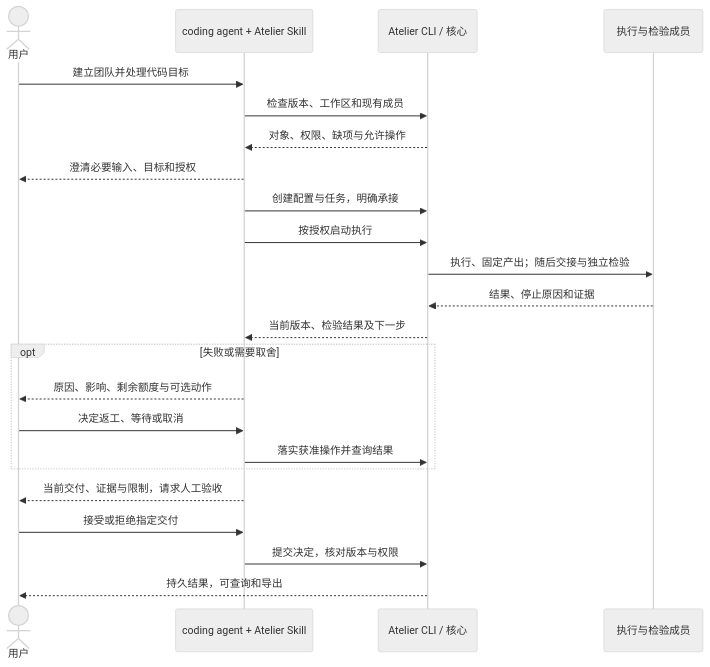
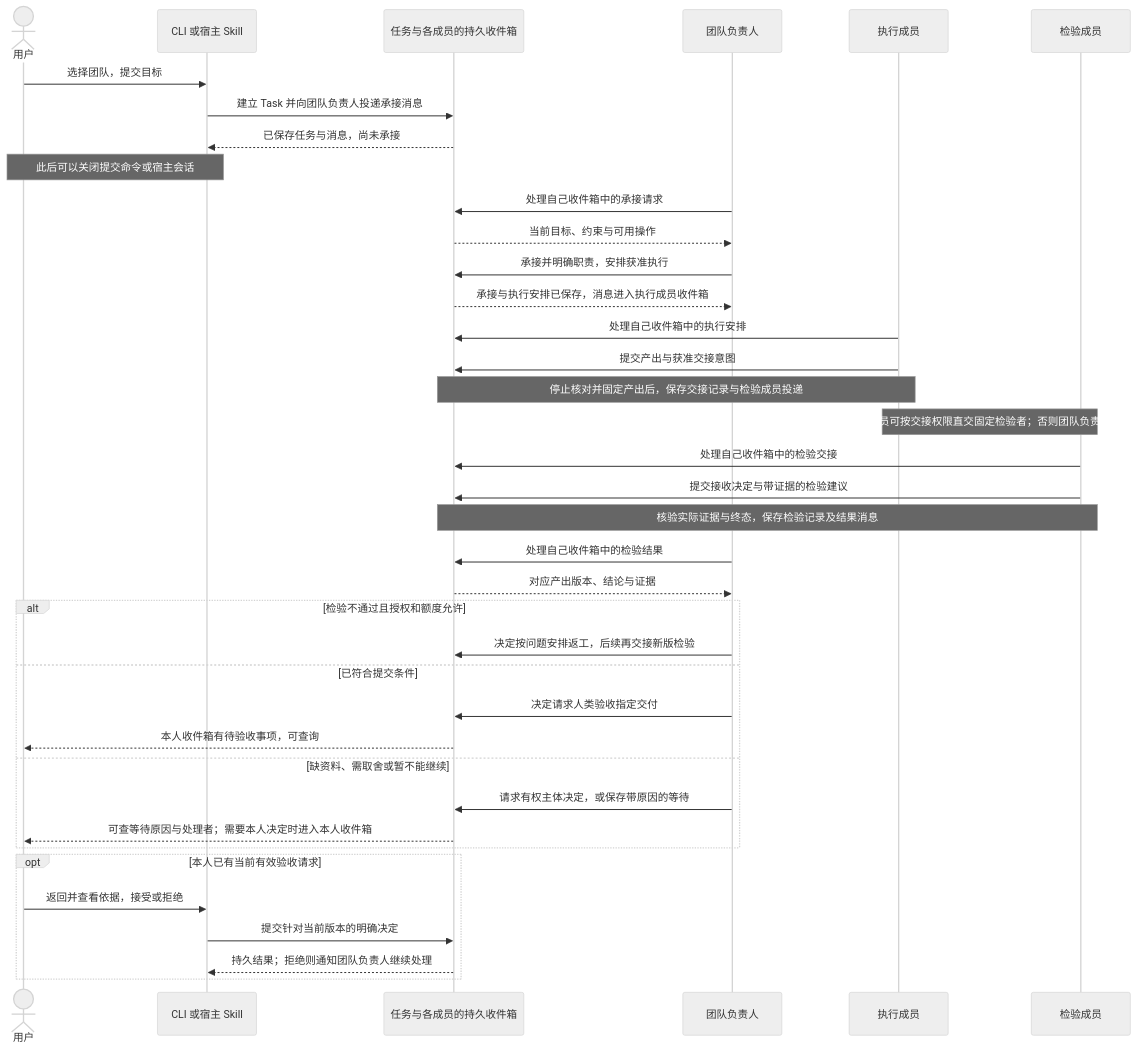
One commit to xforce-io/atelier changed the first of 7 diagrams in docs/design/1-first-team-delivery/product.md. Above: the diagram before and after it, drawn with Mermaid (neutral theme). The commit also changed other lines of this file and 97 other files, not shown here.

````diff
--- a/docs/design/1-first-team-delivery/product.md
+++ b/docs/design/1-first-team-delivery/product.md
@@ -35,25 +77,40 @@
 ```mermaid
 sequenceDiagram
     actor U as 用户
-    participant S as coding agent + Atelier Skill
-    participant C as Atelier CLI / 核心
-    participant E as 执行与检验成员
-    U->>S: 建立团队并处理代码目标
-    S->>C: 检查版本、工作区和现有成员
-    C-->>S: 对象、权限、缺项与允许操作
-    S-->>U: 澄清必要输入、目标和授权
-    S->>C: 创建配置与任务，明确承接
-    S->>C: 按授权启动执行
-    C->>E: 执行、固定产出；随后交接与独立检验
-    E-->>C: 结果、停止原因和证据
-    C-->>S: 当前版本、检验结果及下一步
-    opt 失败或需要取舍
-      S-->>U: 原因、影响、剩余额度与可选动作
-      U->>S: 决定返工、等待或取消
-      S->>C: 落实获准操作并查询结果
+    participant I as CLI 或宿主 Skill
+    participant C as 任务与各成员的持久收件箱
+    participant L as 团队负责人
+    participant E as 执行成员
+    participant V as 检验成员
+    U->>I: 选择团队，提交目标
+    I->>C: 建立 Task 并向团队负责人投递承接消息
+    C-->>I: 已保存任务与消息，尚未承接
+    Note over U,I: 此后可以关闭提交命令或宿主会话
+    L->>C: 处理自己收件箱中的承接请求
+    C-->>L: 当前目标、约束与可用操作
+    L->>C: 承接并明确职责，安排获准执行
+    C-->>L: 承接与执行安排已保存，消息进入执行成员收件箱
+    E->>C: 处理自己收件箱中的执行安排
+    E->>C: 提交产出与获准交接意图
+    Note over C,E: 停止核对并固定产出后，保存交接记录与检验成员投递
+    Note over E,V: 执行成员可按交接权限直交固定检验者；否则团队负责人安排
+    V->>C: 处理自己收件箱中的检验交接
+    V->>C: 提交接收决定与带证据的检验建议
+    Note over C,V: 核验实际证据与终态，保存检验记录及结果消息
+    L->>C: 处理自己收件箱中的检验结果
+    C-->>L: 对应产出版本、结论与证据
+    alt 检验不通过且授权和额度允许
+        L->>C: 决定按问题安排返工，后续再交接新版检验
+    else 已符合提交条件
+        L->>C: 决定请求人类验收指定交付
+        C-->>U: 本人收件箱有待验收事项，可查询
+    else 缺资料、需取舍或暂不能继续
+        L->>C: 请求有权主体决定，或保存带原因的等待
+        C-->>U: 可查等待原因与处理者；需要本人决定时进入本人收件箱
     end
-    S-->>U: 当前交付、证据与限制，请求人工验收
-    U->>S: 接受或拒绝指定交付
-    S->>C: 提交决定，核对版本与权限
-    C-->>U: 持久结果，可查询和导出
+    opt 本人已有当前有效验收请求
+        U->>I: 返回并查看依据，接受或拒绝
+        I->>C: 提交针对当前版本的明确决定
+        C-->>I: 持久结果；拒绝则通知团队负责人继续处理
+    end
 ```
````
